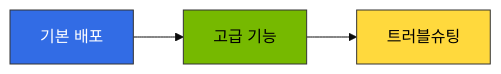
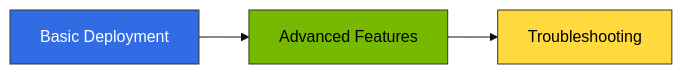
The second of 2 diagrams in docs/agentic-ai-platform/reference-architecture/inference-gateway/setup/index.md (devfloor9/engineering-playbook), drawn with Mermaid (base theme) before and after one commit. The commit also changed other lines of this file and 954 other files, not shown here.

````diff
--- a/docs/agentic-ai-platform/reference-architecture/inference-gateway/setup/index.md
+++ b/docs/agentic-ai-platform/reference-architecture/inference-gateway/setup/index.md
@@ -133,8 +123,8 @@
 ```mermaid
 graph LR
-    A[기본 배포] --> B[고급 기능]
-    B --> C[트러블슈팅]
+    A[Basic Deployment] --> B[Advanced Features]
+    B --> C[Troubleshooting]
     style A fill:#326ce5,stroke:#333,color:#fff
     style B fill:#76b900,stroke:#333,color:#000
     style C fill:#ffd93d,stroke:#333,color:#000
 ```
````
